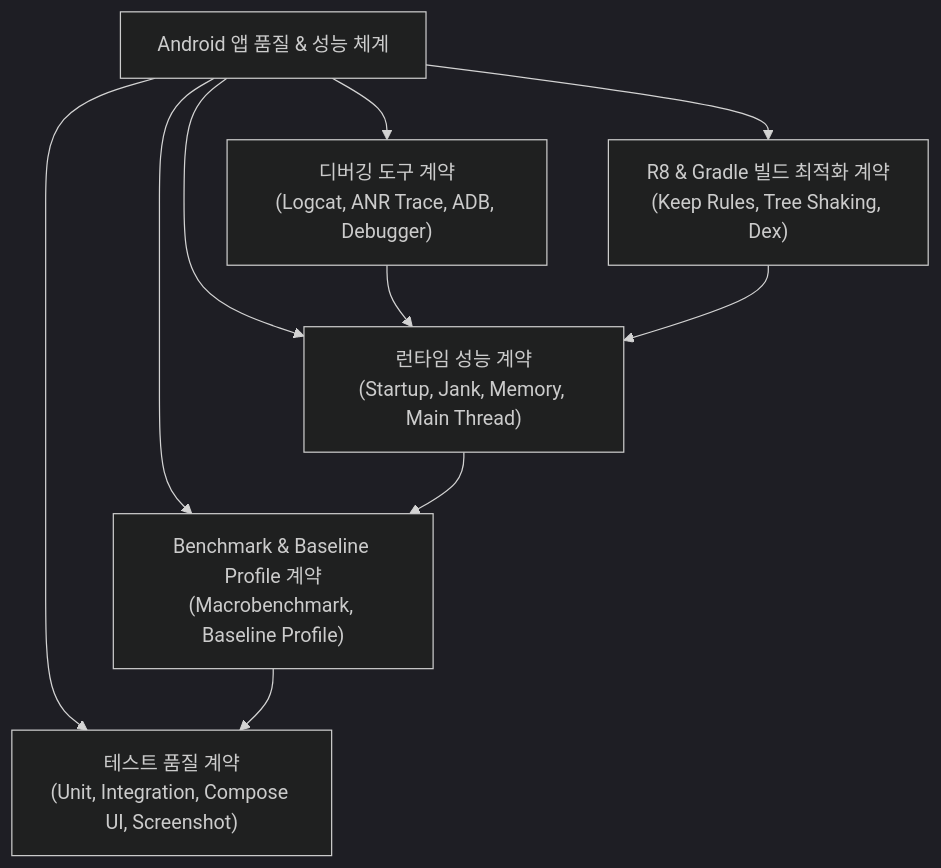
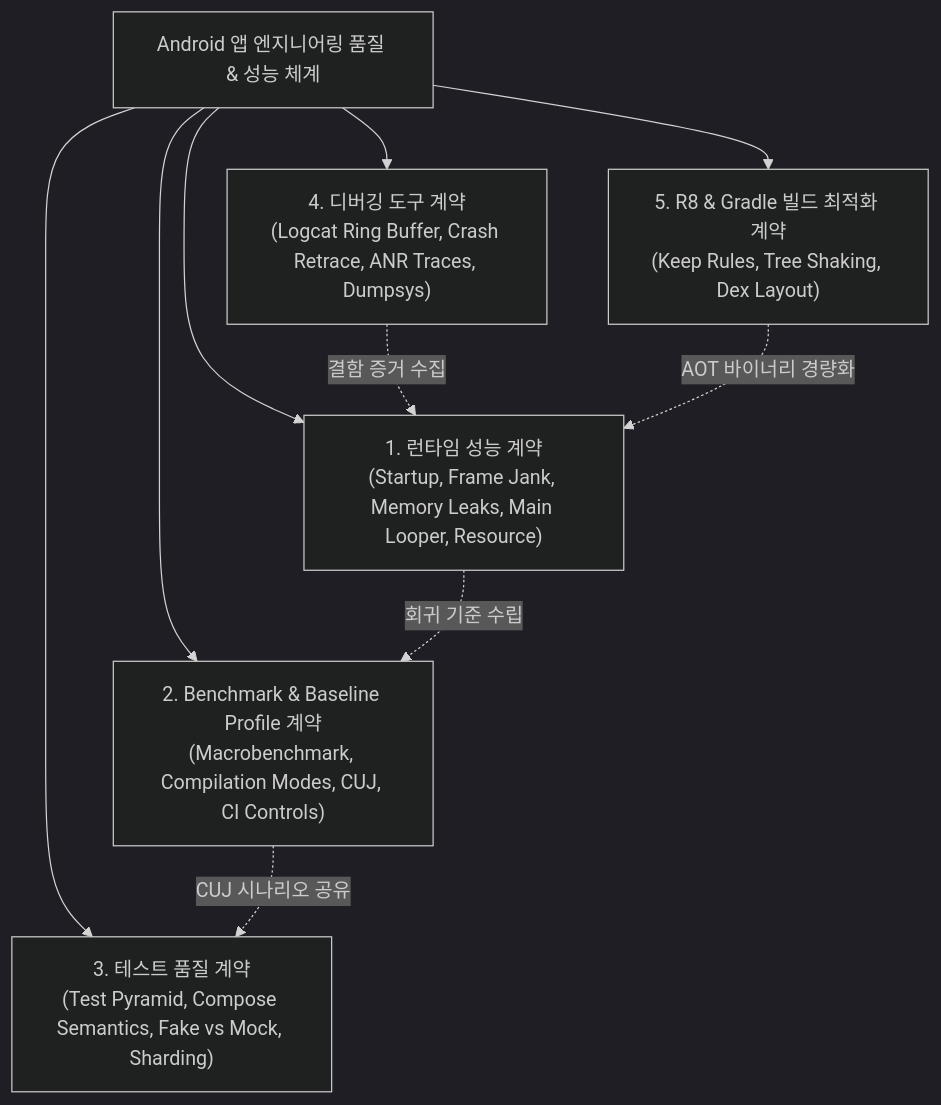
The diagram in 01_inbox/mobile/android/06_testing_performance/android-performance-testing-map.md (youngmin-gwon/what-i-studied), drawn with Mermaid (dark theme) before and after one commit. The commit also changed other lines of this file and 83 other files, not shown here.

````diff
--- a/01_inbox/mobile/android/06_testing_performance/android-performance-testing-map.md
+++ b/01_inbox/mobile/android/06_testing_performance/android-performance-testing-map.md
@@ -19,15 +20,15 @@
 ```mermaid
 flowchart TD
-    AppQuality["Android 앱 품질 & 성능 체계"]
+    AppQuality["Android 앱 엔지니어링 품질 & 성능 체계"]
     
-    AppQuality --> RuntimePerf["런타임 성능 계약<br/>(Startup, Jank, Memory, Main Thread)"]
-    AppQuality --> BenchmarkBP["Benchmark & Baseline Profile 계약<br/>(Macrobenchmark, Baseline Profile)"]
-    AppQuality --> TestQuality["테스트 품질 계약<br/>(Unit, Integration, Compose UI, Screenshot)"]
-    AppQuality --> DebugTools["디버깅 도구 계약<br/>(Logcat, ANR Trace, ADB, Debugger)"]
-    AppQuality --> BuildOpt["R8 & Gradle 빌드 최적화 계약<br/>(Keep Rules, Tree Shaking, Dex)"]
+    AppQuality --> RuntimePerf["1. 런타임 성능 계약<br/>(Startup, Frame Jank, Memory Leaks, Main Looper, Resource)"]
+    AppQuality --> BenchmarkBP["2. Benchmark & Baseline Profile 계약<br/>(Macrobenchmark, Compilation Modes, CUJ, CI Controls)"]
+    AppQuality --> TestQuality["3. 테스트 품질 계약<br/>(Test Pyramid, Compose Semantics, Fake vs Mock, Sharding)"]
+    AppQuality --> DebugTools["4. 디버깅 도구 계약<br/>(Logcat Ring Buffer, Crash Retrace, ANR Traces, Dumpsys)"]
+    AppQuality --> BuildOpt["5. R8 & Gradle 빌드 최적화 계약<br/>(Keep Rules, Tree Shaking, Dex Layout)"]
 
-    RuntimePerf --> BenchmarkBP
-    BenchmarkBP --> TestQuality
-    DebugTools --> RuntimePerf
-    BuildOpt --> RuntimePerf
+    DebugTools -.->|"결함 증거 수집"| RuntimePerf
+    RuntimePerf -.->|"회귀 기준 수립"| BenchmarkBP
+    BenchmarkBP -.->|"CUJ 시나리오 공유"| TestQuality
+    BuildOpt -.->|"AOT 바이너리 경량화"| RuntimePerf
 ```
````
